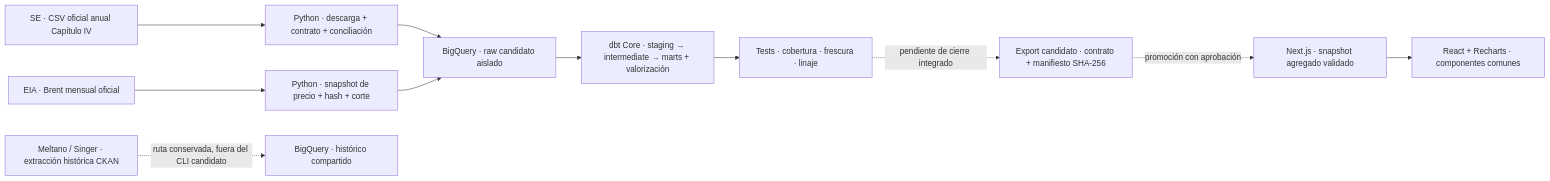
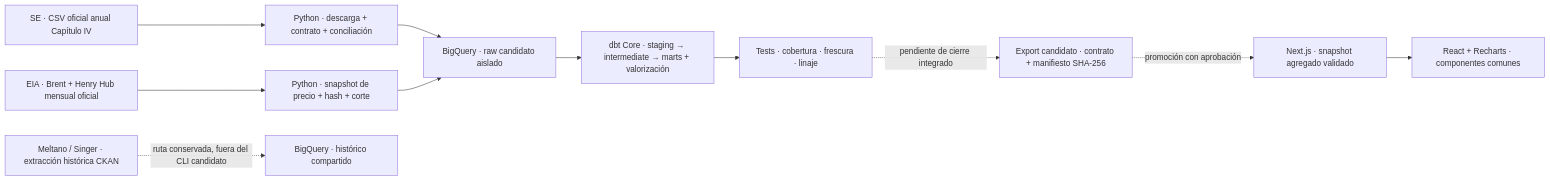
The diagram in README.md (nrohland/vaca-muerta-en-datos), drawn with Mermaid before and after one commit. The commit also changed other lines of this file and 67 other files, not shown here.

Commit message:
Add Henry Hub reference scenario with verified dual pricing

````diff
--- a/README.md
+++ b/README.md
@@ -38,13 +39,13 @@
 ```mermaid
 flowchart LR
   SE["SE · CSV oficial anual Capítulo IV"] --> EX["Python · descarga + contrato + conciliación"]
-  EIA["EIA · Brent mensual oficial"] --> PX["Python · snapshot de precio + hash + corte"]
+  EIA["EIA · Brent + Henry Hub mensual oficial"] --> PX["Python · snapshot de precio + hash + corte"]
   EX --> RAW["BigQuery · raw candidato aislado"]
   PX --> RAW
   RAW --> DBT["dbt Core · staging → intermediate → marts + valorización"]
   DBT --> CHECK["Tests · cobertura · frescura · linaje"]
   CHECK -. "pendiente de cierre integrado" .-> REL["Export candidato · contrato + manifiesto SHA-256"]
   REL -. "promoción con aprobación" .-> WEB["Next.js · snapshot agregado validado"]
   WEB --> UI["React + Recharts · componentes comunes"]
   LEGACY["Meltano / Singer · extracción histórica CKAN"] -. "ruta conservada, fuera del CLI candidato" .-> RAWOLD["BigQuery · histórico compartido"]
 ```
````
